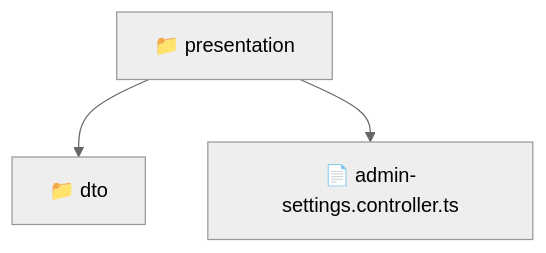
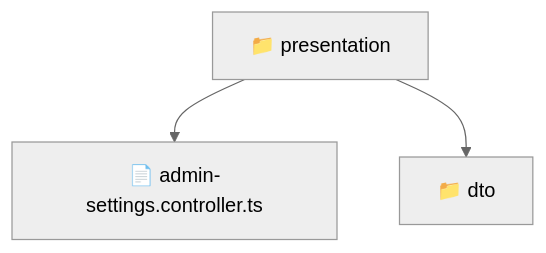
One commit to beginwebdev2002/fullstack-mavluda changed the diagram in backend/src/modules/admin-settings/presentation/README.md. Above: the diagram before and after it, drawn with Mermaid (neutral theme). The commit also changed other lines of this file and 166 other files, not shown here.

First line of the commit message:
docs: generate repository-wide architectural README files

````diff
--- a/backend/src/modules/admin-settings/presentation/README.md
+++ b/backend/src/modules/admin-settings/presentation/README.md
@@ -9,6 +11,8 @@
 ```mermaid
 graph TD
-  Root["📁 presentation"]
-  Root --> dto["📁 dto"]
-  Root --> admin_settings_controller_ts["📄 admin-settings.controller.ts"]
+  f_Root_presentation["📁 presentation"]
+  f_admin_settings_controller_ts["📄 admin-settings.controller.ts"]
+  f_Root_presentation --> f_admin_settings_controller_ts
+  f_Dir_dto["📁 dto"]
+  f_Root_presentation --> f_Dir_dto
 ```
````
